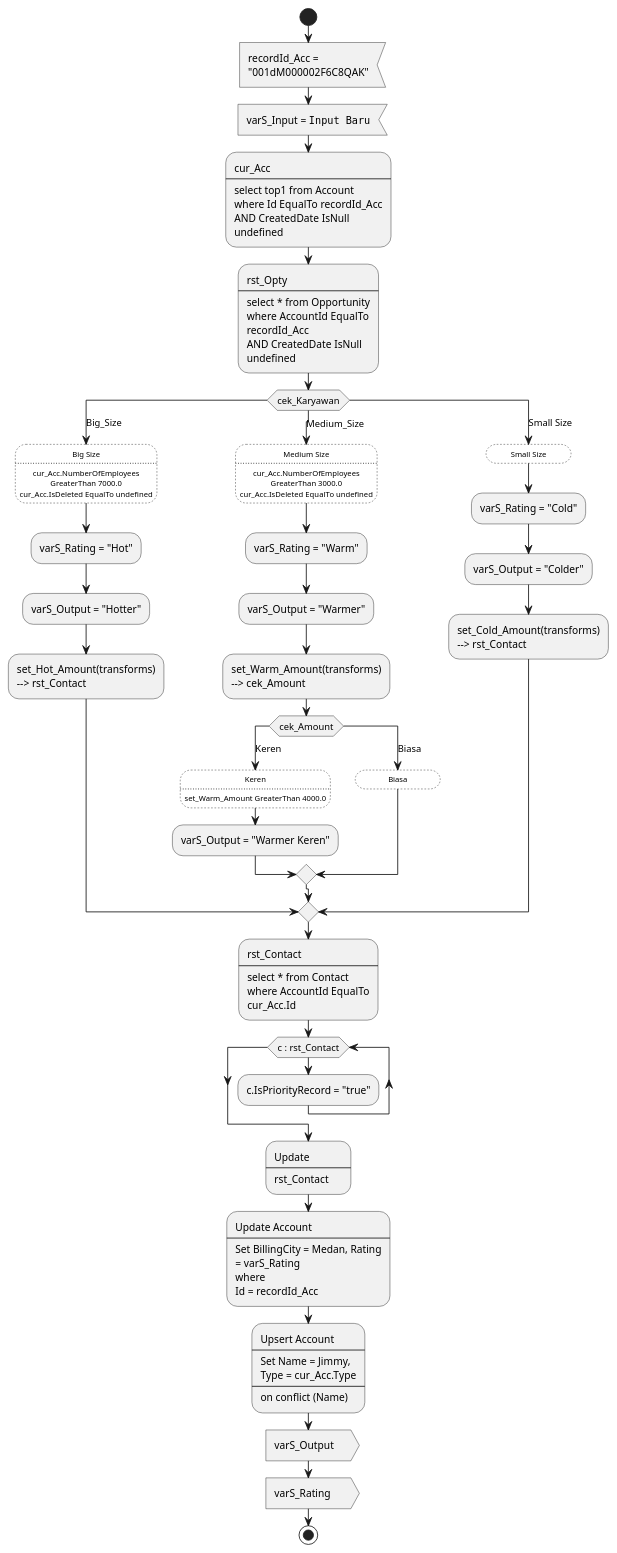
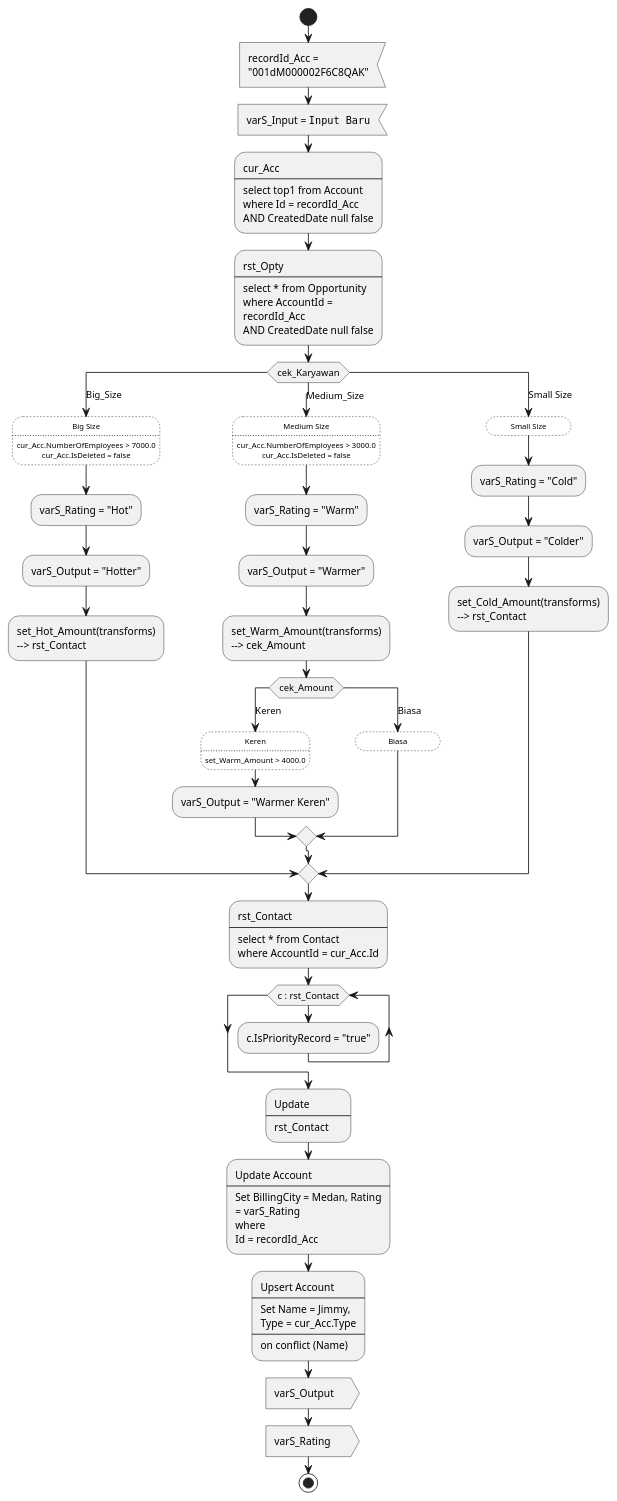
One commit to jimmytobing/meta_to_puml changed the diagram in Apate.flow-meta.puml. Above: the diagram before and after it, drawn with PlantUML. The commit also changed 1 other file, not shown here.

```diff
--- a/Apate.flow-meta.puml
+++ b/Apate.flow-meta.puml
@@ -1,86 +1,86 @@
 @startuml
 <style>
     element {
         MinimumWidth 100
         MaximumWidth 180
     }
     .kondisi {
         FontSize 9
         Padding 5
         LineStyle 2
         BackGroundColor transparent
         HorizontalAlignment center
     }
 </style>
 skinparam defaultFontName "verdana"
 start
 :recordId_Acc = "001dM000002F6C8QAK";<<input>>
 :varS_Input = ""Input Baru"";<<input>>
 
 :cur_Acc 
 ----
 select top1 from Account 
-where Id EqualTo recordId_Acc
-AND CreatedDate IsNull undefined;
+where Id = recordId_Acc
+AND CreatedDate null false;
 :rst_Opty 
 ----
 select * from Opportunity 
-where AccountId EqualTo recordId_Acc
-AND CreatedDate IsNull undefined;
+where AccountId = recordId_Acc
+AND CreatedDate null false;
 switch (cek_Karyawan)
 case (Big_Size)
 	:Big Size
 ....
-cur_Acc.NumberOfEmployees GreaterThan 7000.0
-cur_Acc.IsDeleted EqualTo undefined;<<kondisi>>
+cur_Acc.NumberOfEmployees > 7000.0
+cur_Acc.IsDeleted = false;<<kondisi>>
 	:varS_Rating = "Hot";
 :varS_Output = "Hotter";
 	:set_Hot_Amount(transforms)  --> rst_Contact;
 case (Medium_Size)
 	:Medium Size
 ....
-cur_Acc.NumberOfEmployees GreaterThan 3000.0
-cur_Acc.IsDeleted EqualTo undefined;<<kondisi>>
+cur_Acc.NumberOfEmployees > 3000.0
+cur_Acc.IsDeleted = false;<<kondisi>>
 	:varS_Rating = "Warm";
 :varS_Output = "Warmer";
 	:set_Warm_Amount(transforms)  --> cek_Amount;
 	switch (cek_Amount)
 case (Keren)
 	:Keren
 ....
-set_Warm_Amount GreaterThan 4000.0;<<kondisi>>
+set_Warm_Amount > 4000.0;<<kondisi>>
 	:varS_Output = "Warmer Keren";
 case (Biasa)
 	:Biasa;<<kondisi>>
 endswitch
 case (Small Size)
 	:Small Size;<<kondisi>>
 	:varS_Rating = "Cold";
 :varS_Output = "Colder";
 	:set_Cold_Amount(transforms)  --> rst_Contact;
 endswitch
 :rst_Contact 
 ----
 select * from Contact 
-where AccountId EqualTo cur_Acc.Id;
+where AccountId = cur_Acc.Id;
 while(c : rst_Contact)
 	:c.IsPriorityRecord = "true";
 endwhile
 :Update 
 ----
 rst_Contact;
 :Update Account 
 ----
 Set BillingCity = Medan, Rating = varS_Rating
 where 
 Id = recordId_Acc;
 :Upsert Account 
 ----
 Set Name = Jimmy,
 Type = cur_Acc.Type
 ----
 on conflict (Name);
 :varS_Output;<<output>>
 :varS_Rating;<<output>>
 stop
 @enduml
```
